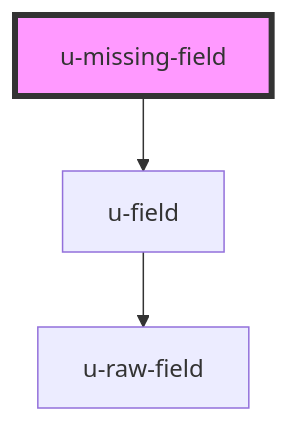
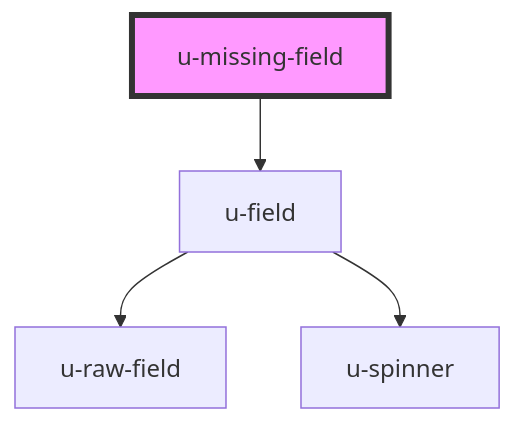
The diagram in packages/sdk/src/auth/components/missing-field/readme.md (UnidyID/unidy-sdk), drawn with Mermaid before and after one commit. The commit also changed 13 other files, not shown here.

````diff
--- a/packages/sdk/src/auth/components/missing-field/readme.md
+++ b/packages/sdk/src/auth/components/missing-field/readme.md
@@ -22,6 +22,7 @@
 ```mermaid
 graph TD;
   u-missing-field --> u-field
   u-field --> u-raw-field
+  u-field --> u-spinner
   style u-missing-field fill:#f9f,stroke:#333,stroke-width:4px
 ```
````
